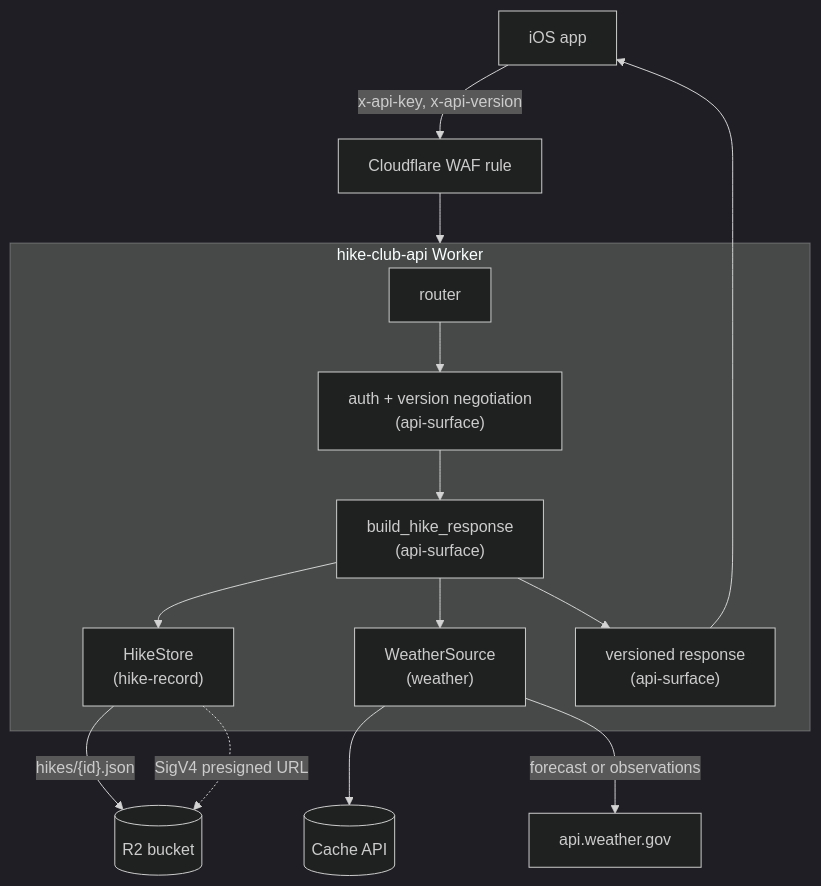
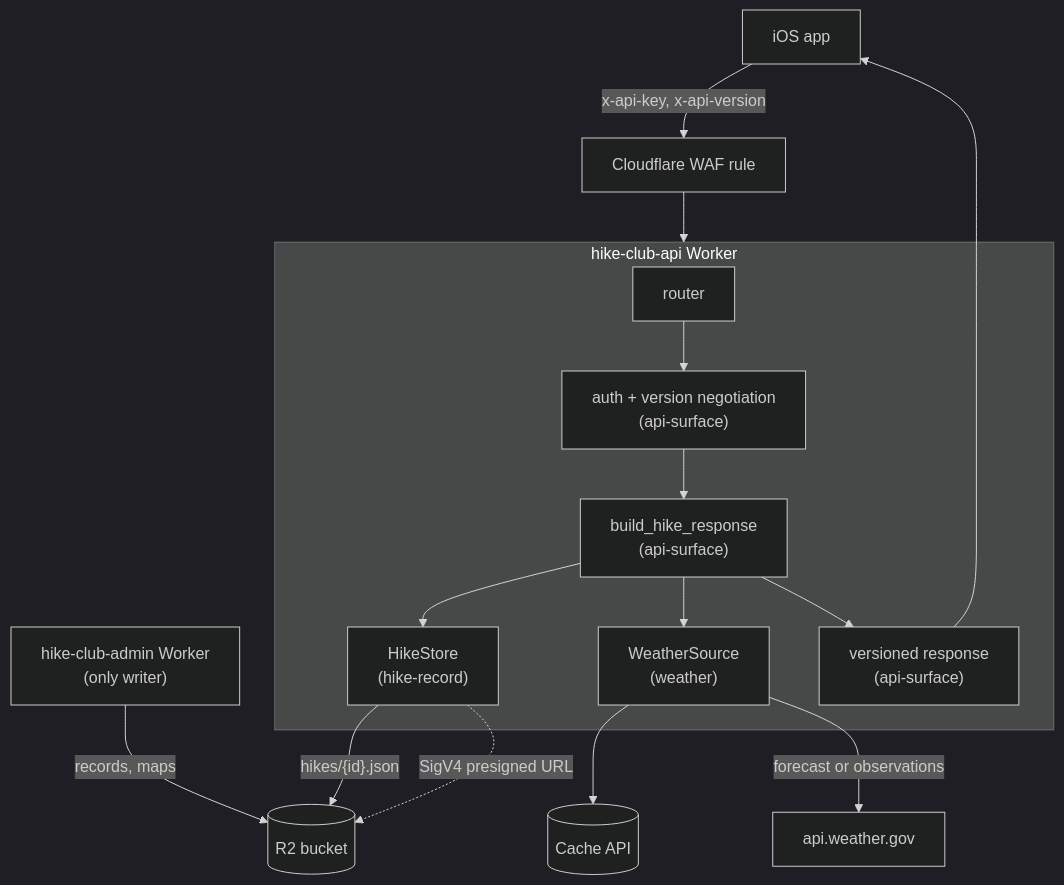
Before and after one commit to stephen-condon/hike-club-api: the diagram in docs/high-level-design.md, drawn with Mermaid (dark theme). The commit also changed other lines of this file and 33 other files, not shown here.

First line of the commit message:
docs(hld): name hike-club-admin as the bucket's only writer (#55)

````diff
--- a/docs/high-level-design.md
+++ b/docs/high-level-design.md
@@ -57,19 +57,20 @@
 ```mermaid
 flowchart TD
     App[iOS app] -->|x-api-key, x-api-version| WAF[Cloudflare WAF rule]
     WAF --> Worker
 
     subgraph Worker["hike-club-api Worker"]
         Router[router] --> Gate["auth + version negotiation<br/>(api-surface)"]
         Gate --> Orch["build_hike_response<br/>(api-surface)"]
         Orch --> Store["HikeStore<br/>(hike-record)"]
         Orch --> Wx["WeatherSource<br/>(weather)"]
         Orch --> Shape["versioned response<br/>(api-surface)"]
     end
 
+    Admin["hike-club-admin Worker<br/>(only writer)"] -->|"records, maps"| R2
     Store -->|"hikes/{id}.json"| R2[(R2 bucket)]
     Store -.->|SigV4 presigned URL| R2
     Wx --> Cache[(Cache API)]
     Wx -->|forecast or observations| NWS[api.weather.gov]
     Shape --> App
 ```
````
